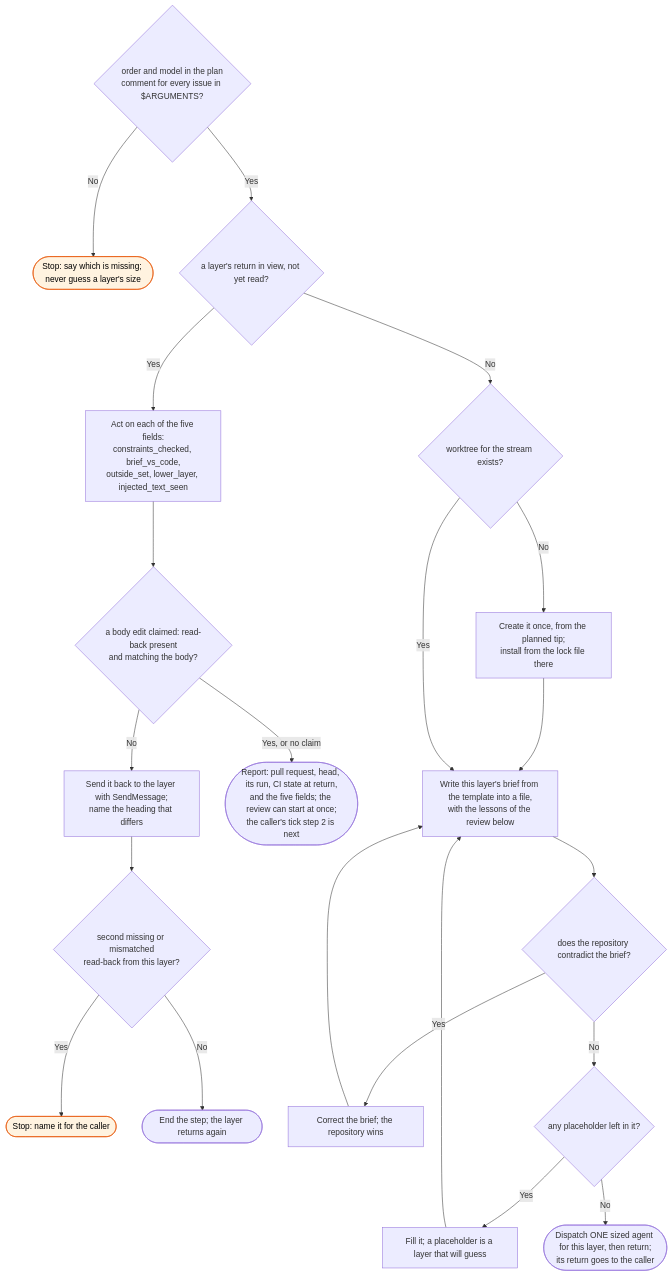
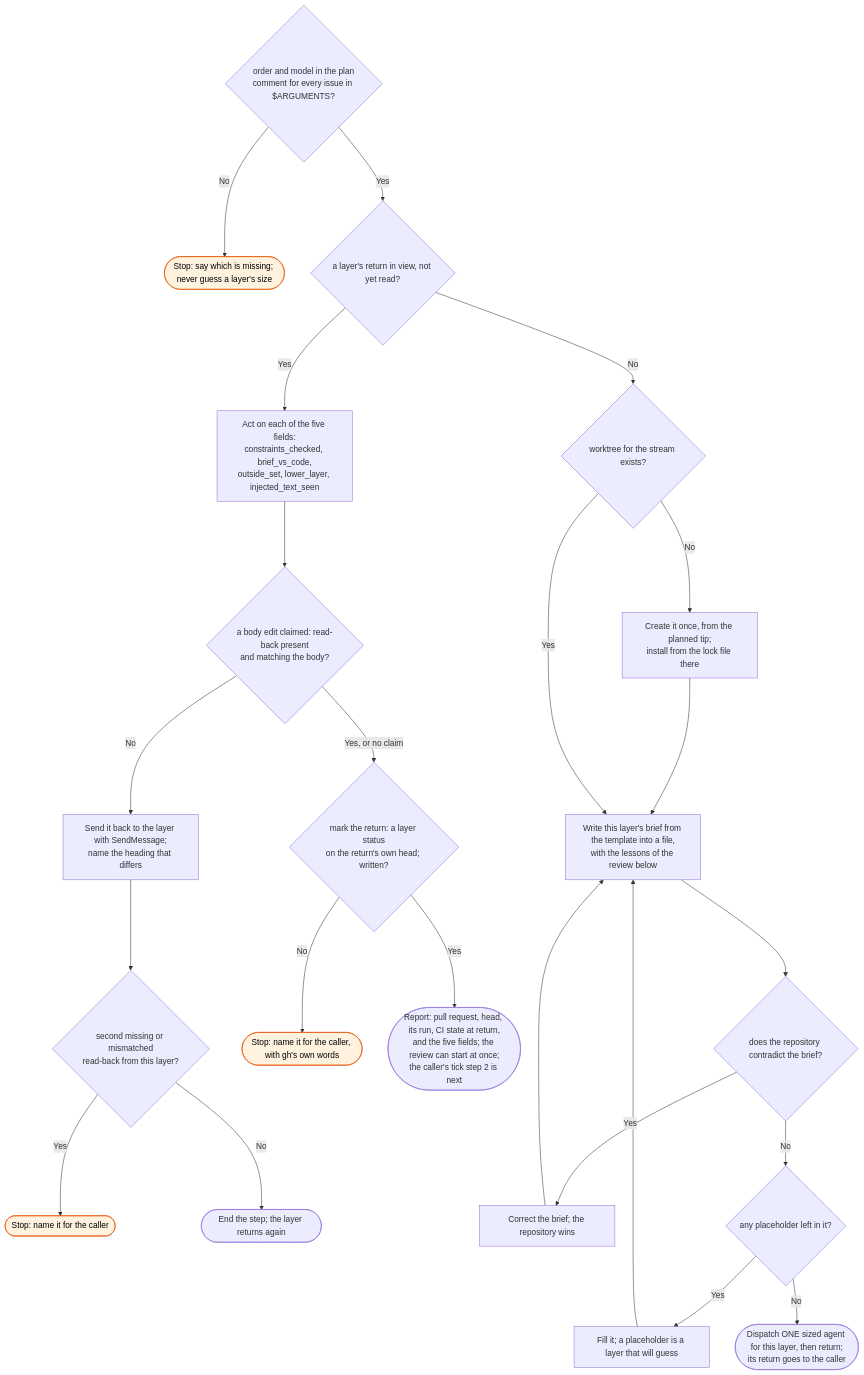
One commit to bje-settings/claude changed the diagram in docs/flows/workstreams/stream/_skill-flow.md. Above: the diagram before and after it, drawn with Mermaid. The commit also changed other lines of this file and 13 other files, not shown here.

Commit message:
fix(workstreams): stream marks a layer's return, and round 1 waits for it

````diff
--- a/docs/flows/workstreams/stream/_skill-flow.md
+++ b/docs/flows/workstreams/stream/_skill-flow.md
@@ -15,24 +15,26 @@
 ```mermaid
 flowchart TD
     C{order and model in the plan<br/>comment for every issue in $ARGUMENTS?}
     C -->|No| C1([Stop: say which is missing; never guess a layer's size]):::stop
     C -->|Yes| R{a layer's return in view, not yet read?}
 
     R -->|Yes| S[Act on each of the five fields:<br/>constraints_checked, brief_vs_code,<br/>outside_set, lower_layer, injected_text_seen]
     S --> S0{a body edit claimed: read-back present<br/>and matching the body?}
     S0 -->|No| S2[Send it back to the layer with SendMessage;<br/>name the heading that differs] --> S3{second missing or mismatched<br/>read-back from this layer?}
     S3 -->|Yes| S4([Stop: name it for the caller]):::stop
     S3 -->|No| X1([End the step; the layer returns again])
-    S0 -->|Yes, or no claim| S1([Report: pull request, head, its run, CI state at return,<br/>and the five fields; the review can start at once;<br/>the caller's tick step 2 is next])
+    S0 -->|Yes, or no claim| SM{mark the return: a layer status<br/>on the return's own head; written?}
+    SM -->|No| SM1([Stop: name it for the caller, with gh's own words]):::stop
+    SM -->|Yes| S1([Report: pull request, head, its run, CI state at return,<br/>and the five fields; the review can start at once;<br/>the caller's tick step 2 is next])
 
     R -->|No| D{worktree for the stream exists?}
     D -->|No| D1[Create it once, from the planned tip;<br/>install from the lock file there] --> E
     D -->|Yes| E[Write this layer's brief from the template into a file,<br/>with the lessons of the review below]
     E --> F{does the repository contradict the brief?}
     F -->|Yes| F1[Correct the brief; the repository wins] --> E
     F -->|No| G{any placeholder left in it?}
     G -->|Yes| G1[Fill it; a placeholder is a layer that will guess] --> E
     G -->|No| H([Dispatch ONE sized agent for this layer, then return;<br/>its return goes to the caller])
 
     classDef stop fill:#fff3e0,stroke:#e65100,color:#000
 ```
````
